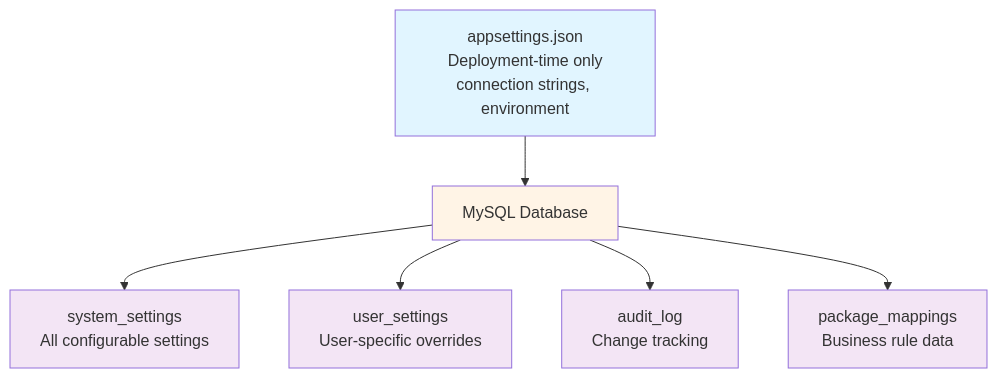
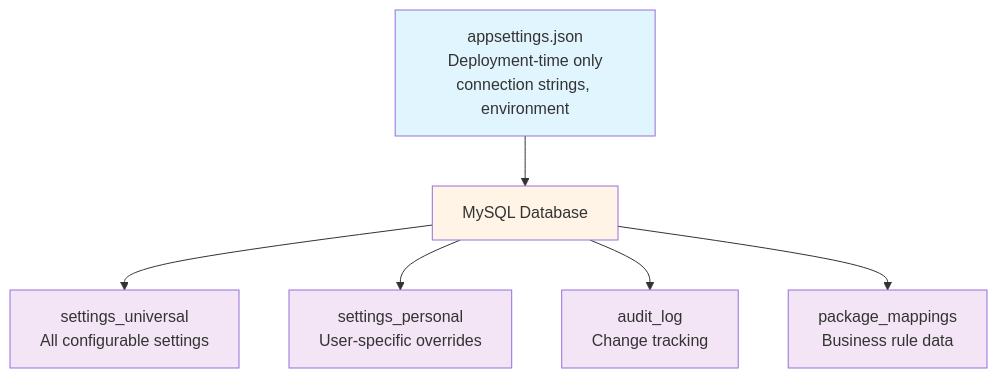
The diagram in specs/005-settings-system-redesign/SPECIFICATION.md (JDKoll1982/MTM_Receiving_Application), drawn with Mermaid before and after one commit. The commit also changed other lines of this file and 287 other files, not shown here.

````diff
--- a/specs/005-settings-system-redesign/SPECIFICATION.md
+++ b/specs/005-settings-system-redesign/SPECIFICATION.md
@@ -28,16 +28,16 @@
 ```mermaid
 flowchart TD
     A[appsettings.json<br/>Deployment-time only<br/>connection strings, environment] --> B[MySQL Database]
-    
-    B --> C[system_settings<br/>All configurable settings]
-    B --> D[user_settings<br/>User-specific overrides]
+
+    B --> C[settings_universal<br/>All configurable settings]
+    B --> D[settings_personal<br/>User-specific overrides]
     B --> E[audit_log<br/>Change tracking]
     B --> F[package_mappings<br/>Business rule data]
-    
+
     style A fill:#e1f5ff
     style B fill:#fff4e6
     style C fill:#f3e5f5
     style D fill:#f3e5f5
     style E fill:#f3e5f5
     style F fill:#f3e5f5
 ```
````
